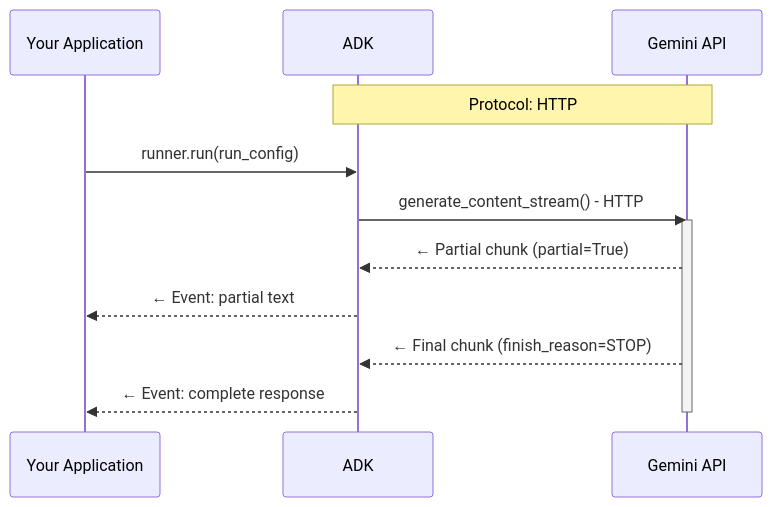
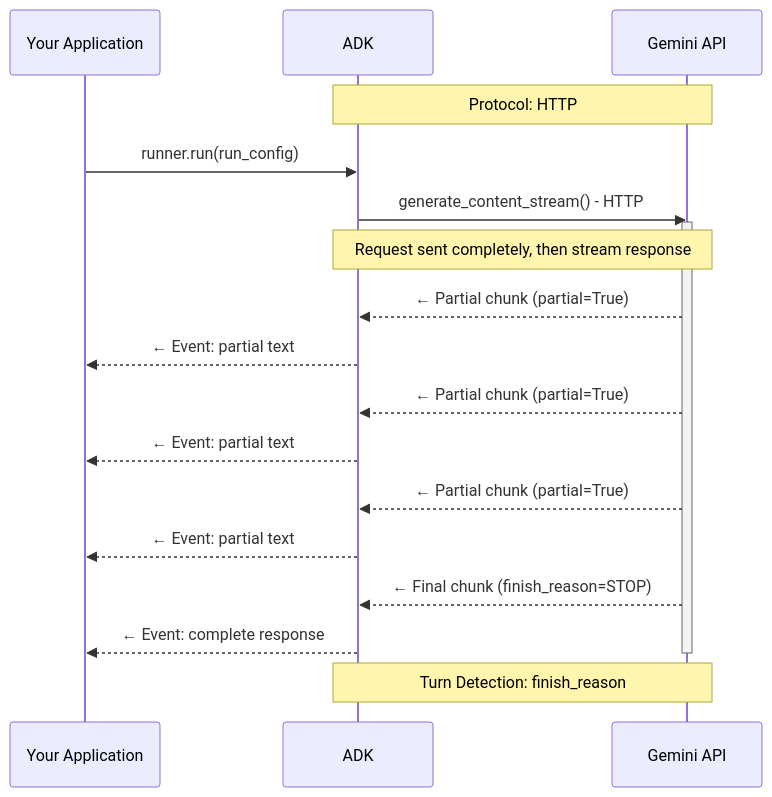
The second of 4 diagrams in docs/ja/live/dev-guide/part4.md (adk-labs/adk-docs), drawn with Mermaid before and after one commit. The commit also changed other lines of this file and 55 other files, not shown here.

````diff
--- a/docs/ja/live/dev-guide/part4.md
+++ b/docs/ja/live/dev-guide/part4.md
@@ -164,20 +195,28 @@
 ```mermaid
 sequenceDiagram
     participant App as Your Application
     participant ADK as ADK
     participant Gemini as Gemini API
 
     Note over ADK,Gemini: Protocol: HTTP
 
     App->>ADK: runner.run(run_config)
     ADK->>Gemini: generate_content_stream() - HTTP
     activate Gemini
 
+    Note over ADK,Gemini: Request sent completely, then stream response
+
+    Gemini-->>ADK: ← Partial chunk (partial=True)
+    ADK-->>App: ← Event: partial text
+    Gemini-->>ADK: ← Partial chunk (partial=True)
+    ADK-->>App: ← Event: partial text
     Gemini-->>ADK: ← Partial chunk (partial=True)
     ADK-->>App: ← Event: partial text
 
     Gemini-->>ADK: ← Final chunk (finish_reason=STOP)
     ADK-->>App: ← Event: complete response
 
     deactivate Gemini
+
+    Note over ADK,Gemini: Turn Detection: finish_reason
 ```
````
